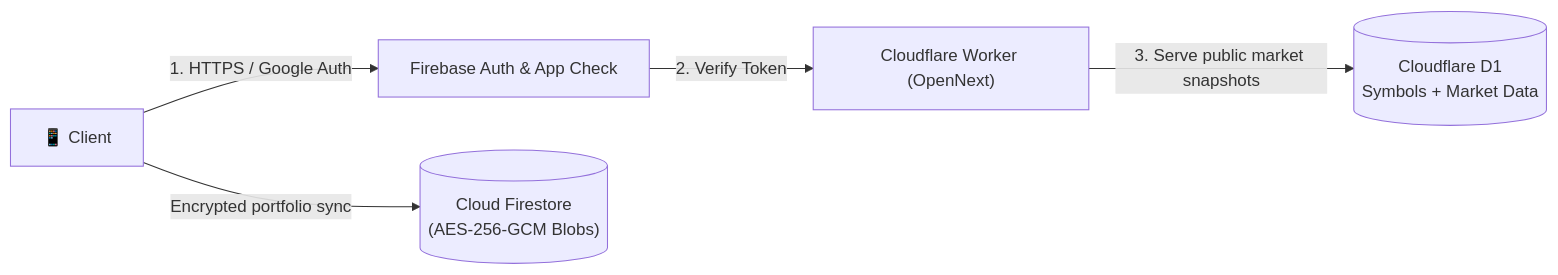
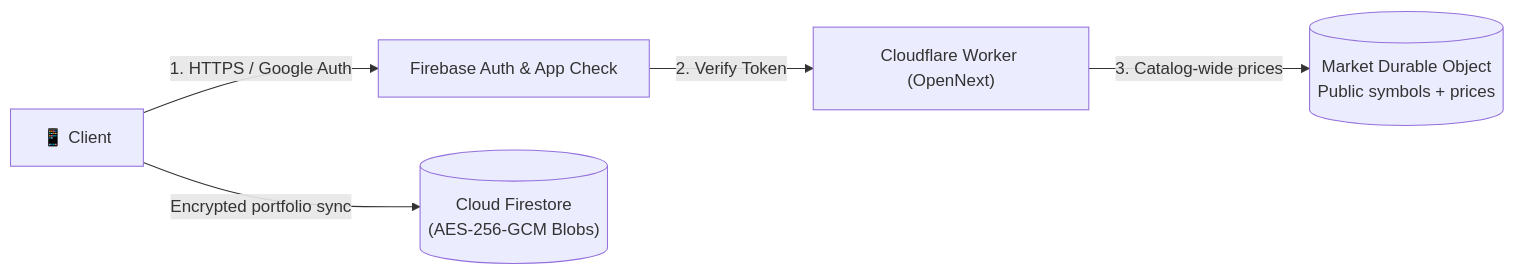
Before and after one commit to SotaYanagisawa/kabutora: the first of 2 diagrams in docs/cloud-deployment.md, drawn with Mermaid. The commit also changed other lines of this file and 145 other files, not shown here.

First line of the commit message:
perf(market): replace queue/coordinator pipeline with one on-demand market object

````diff
--- a/docs/cloud-deployment.md
+++ b/docs/cloud-deployment.md
@@ -17,7 +9,7 @@
 ```mermaid
 flowchart LR
     User["📱 Client"] -->|"1. HTTPS / Google Auth"| Firebase["Firebase Auth & App Check"]
     Firebase -->|"2. Verify Token"| Cloudflare["Cloudflare Worker (OpenNext)"]
-    Cloudflare -->|"3. Serve public market snapshots"| D1[("Cloudflare D1\nSymbols + Market Data")]
+    Cloudflare -->|"3. Catalog-wide prices"| Market[("Market Durable Object\nPublic symbols + prices")]
     User -->|"Encrypted portfolio sync"| Firestore[("Cloud Firestore\n(AES-256-GCM Blobs)")]
 ```
````
